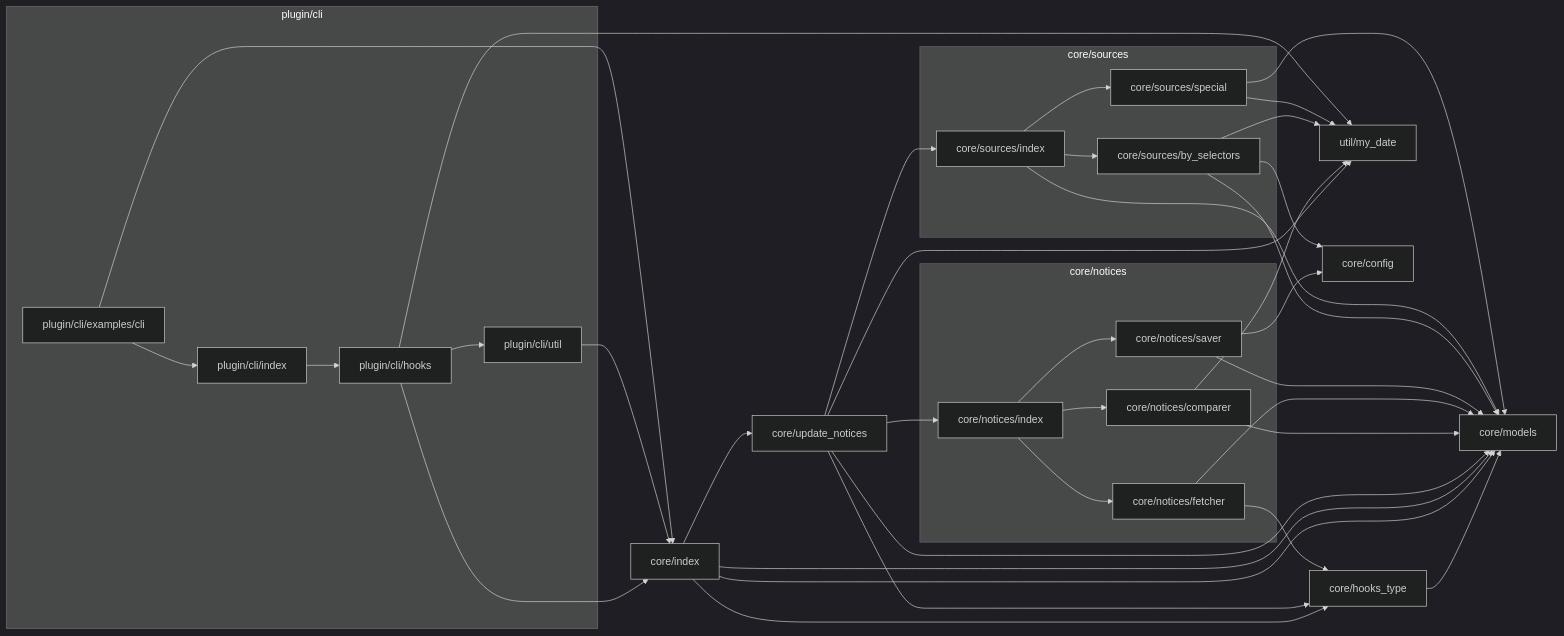
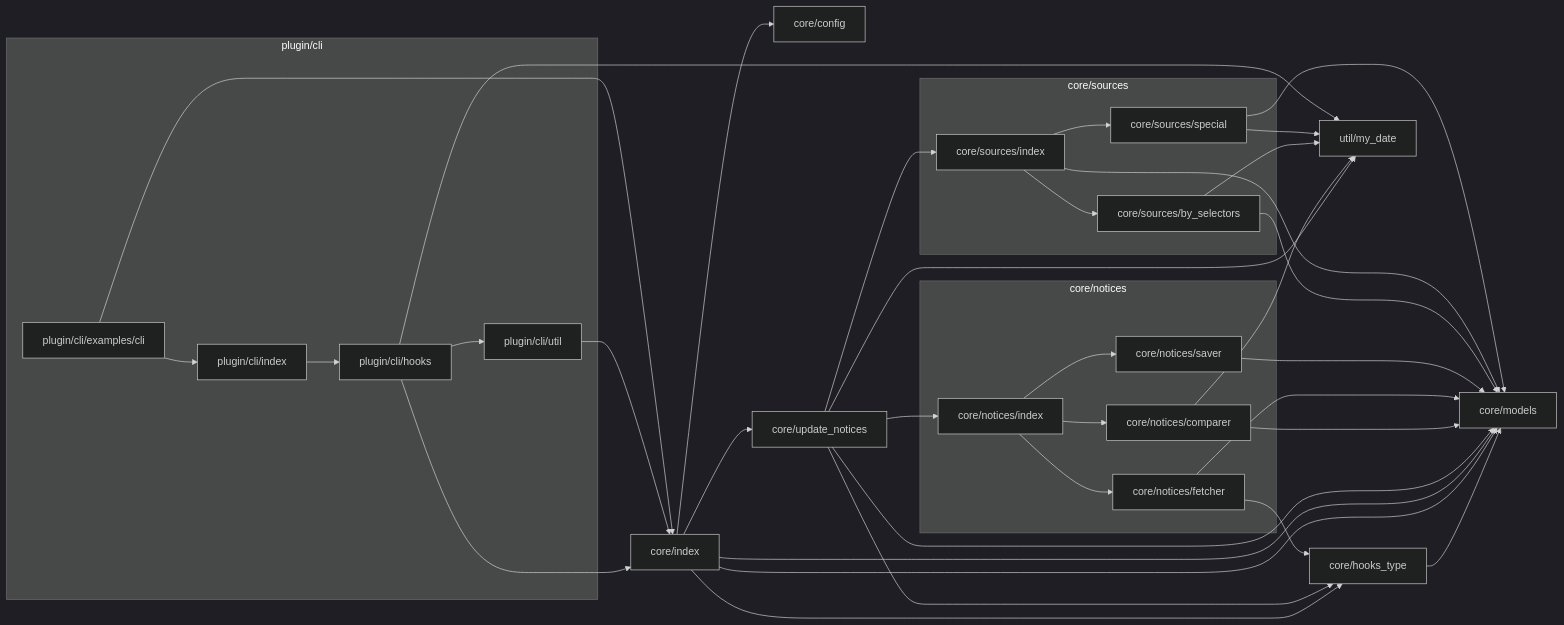
The first of 2 diagrams in documentation.md (YDX-2147483647/bulletin-issues-transferred), drawn with Mermaid (dark theme) before and after one commit. The commit also changed 6 other files, not shown here.

````diff
--- a/documentation.md
+++ b/documentation.md
@@ -28,58 +28,57 @@
 ```mermaid
 flowchart LR
   core/hooks_type --> core/models
+  core/index --> core/config
   core/index --> core/hooks_type
   core/index --> core/update_notices
   core/index --> core/models
   core/index --> core/models
   core/update_notices --> util/my_date
   core/update_notices --> core/hooks_type
   core/update_notices --> core/models
   core/update_notices --> core/notices/index
   core/update_notices --> core/sources/index
   core/notices/comparer --> util/my_date
   core/notices/comparer --> core/models
   core/notices/fetcher --> core/hooks_type
   core/notices/fetcher --> core/models
   core/notices/index --> core/notices/comparer
   core/notices/index --> core/notices/fetcher
   core/notices/index --> core/notices/saver
-  core/notices/saver --> core/config
   core/notices/saver --> core/models
   core/sources/by_selectors --> util/my_date
-  core/sources/by_selectors --> core/config
   core/sources/by_selectors --> core/models
   core/sources/index --> core/models
   core/sources/index --> core/sources/by_selectors
   core/sources/index --> core/sources/special
   core/sources/special --> util/my_date
   core/sources/special --> core/models
   plugin/cli/hooks --> core/index
   plugin/cli/hooks --> util/my_date
   plugin/cli/hooks --> plugin/cli/util
   plugin/cli/index --> plugin/cli/hooks
   plugin/cli/util --> core/index
   plugin/cli/examples/cli --> core/index
   plugin/cli/examples/cli --> plugin/cli/index
 
   subgraph core/sources
     core/sources/by_selectors
     core/sources/index
     core/sources/special
   end
 
   subgraph core/notices
     core/notices/index
     core/notices/saver
     core/notices/fetcher
     core/notices/comparer
   end
 
   subgraph plugin/cli
     plugin/cli/index
     plugin/cli/util
     plugin/cli/hooks
     plugin/cli/examples/cli
   end
 
 ```
````
